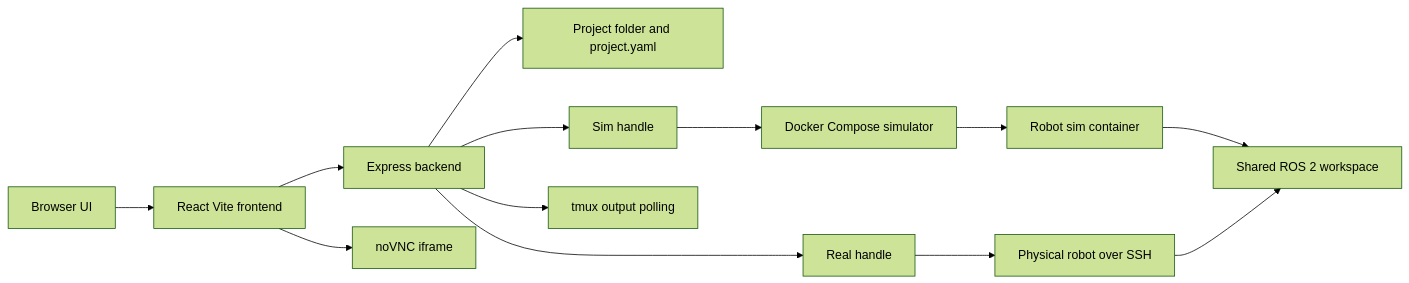
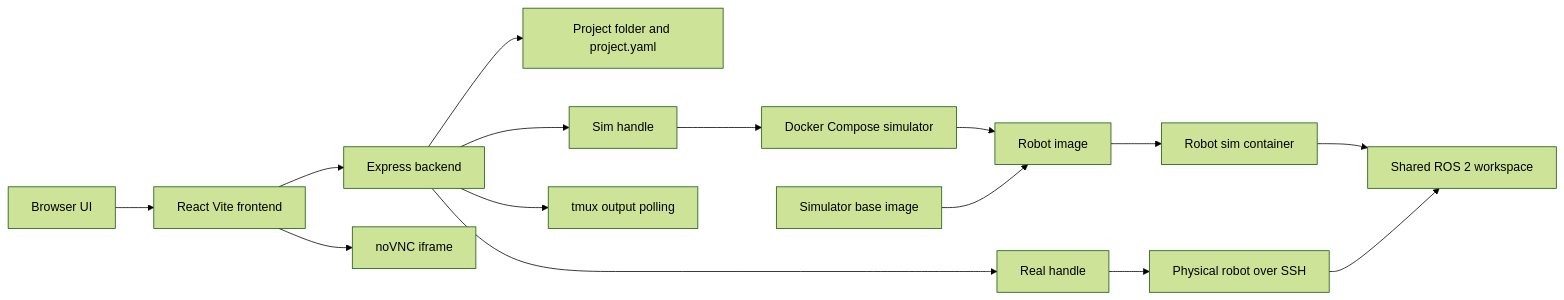
Before and after one commit to isaacElytraflight/elytra-bridge: the first of 3 diagrams in docs/architecture-roadmap.md, drawn with Mermaid (forest theme). The commit also changed other lines of this file and 187 other files, not shown here.

````diff
--- a/docs/architecture-roadmap.md
+++ b/docs/architecture-roadmap.md
@@ -13,15 +13,17 @@
 ```mermaid
 flowchart LR
   userBrowser["Browser UI"] --> frontend["React Vite frontend"]
   frontend --> backend["Express backend"]
   backend --> projectStore["Project folder and project.yaml"]
   backend --> simDriver["Sim handle"]
   backend --> realDriver["Real handle"]
   simDriver --> dockerHost["Docker Compose simulator"]
-  dockerHost --> simContainer["Robot sim container"]
+  dockerHost --> robotImage["Robot image"]
+  simulatorBase["Simulator base image"] --> robotImage
+  robotImage --> simContainer["Robot sim container"]
   realDriver --> sshRobot["Physical robot over SSH"]
   simContainer --> rosWorkspace["Shared ROS 2 workspace"]
   sshRobot --> rosWorkspace
   frontend --> novnc["noVNC iframe"]
   backend --> tmuxLogs["tmux output polling"]
 ```
````
